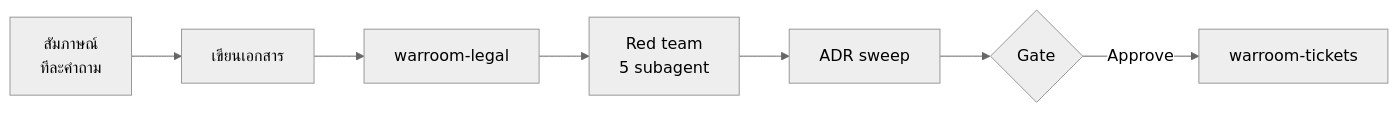
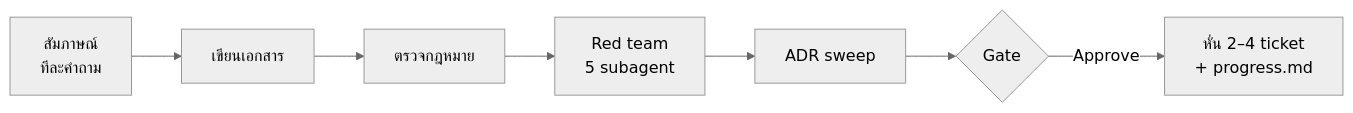
The second of 5 diagrams in docs/flow.th.md (mousemouse094526/kiki-kit), drawn with Mermaid (neutral theme) before and after one commit. The commit also changed other lines of this file and 27 other files, not shown here.

First line of the commit message:
refactor(warroom)!: three skills, few big tickets, one progress file

````diff
--- a/docs/flow.th.md
+++ b/docs/flow.th.md
@@ -70,13 +45,13 @@
 ```mermaid
 flowchart LR
     I["สัมภาษณ์<br/>ทีละคำถาม"]
     DOC["เขียนเอกสาร"]
-    LG["warroom-legal"]
+    LG["ตรวจกฎหมาย"]
     RT["Red team<br/>5 subagent"]
     S["ADR sweep"]
     G{"Gate"}
-    TK["warroom-tickets"]
+    TK["หั่น 2–4 ticket<br/>+ progress.md"]
 
     I --> DOC --> LG --> RT --> S --> G
     G -->|Approve| TK
 ```
````
